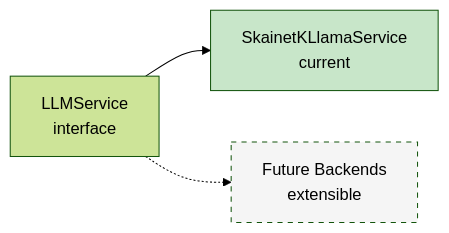
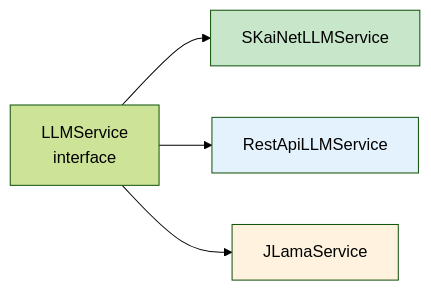
One commit to michalharakal/Daily-StandAPP changed the second of 3 diagrams in docs/modules/architecture/pages/09-architecture-decisions.adoc. Above: the diagram before and after it, drawn with Mermaid (forest theme). The commit also changed other lines of this file and 10 other files, not shown here.

First line of the commit message:
Update arc42 architecture docs to reflect current codebase

```diff
--- a/docs/modules/architecture/pages/09-architecture-decisions.adoc
+++ b/docs/modules/architecture/pages/09-architecture-decisions.adoc
@@ -90,9 +94,11 @@
 [mermaid]
 ----
 graph LR
-    IFACE[LLMService<br/>interface] --> SKAINET[SkainetKLlamaService<br/>current]
-    IFACE -.-> FUTURE[Future Backends<br/>extensible]
+    IFACE[LLMService<br/>interface] --> SKAINET[SKaiNetLLMService]
+    IFACE --> REST[RestApiLLMService]
+    IFACE --> JLAMA[JLamaService]
 
     style SKAINET fill:#c8e6c9
-    style FUTURE fill:#f5f5f5,stroke-dasharray: 5 5
+    style REST fill:#e3f2fd
+    style JLAMA fill:#fff3e0
 ----
```
